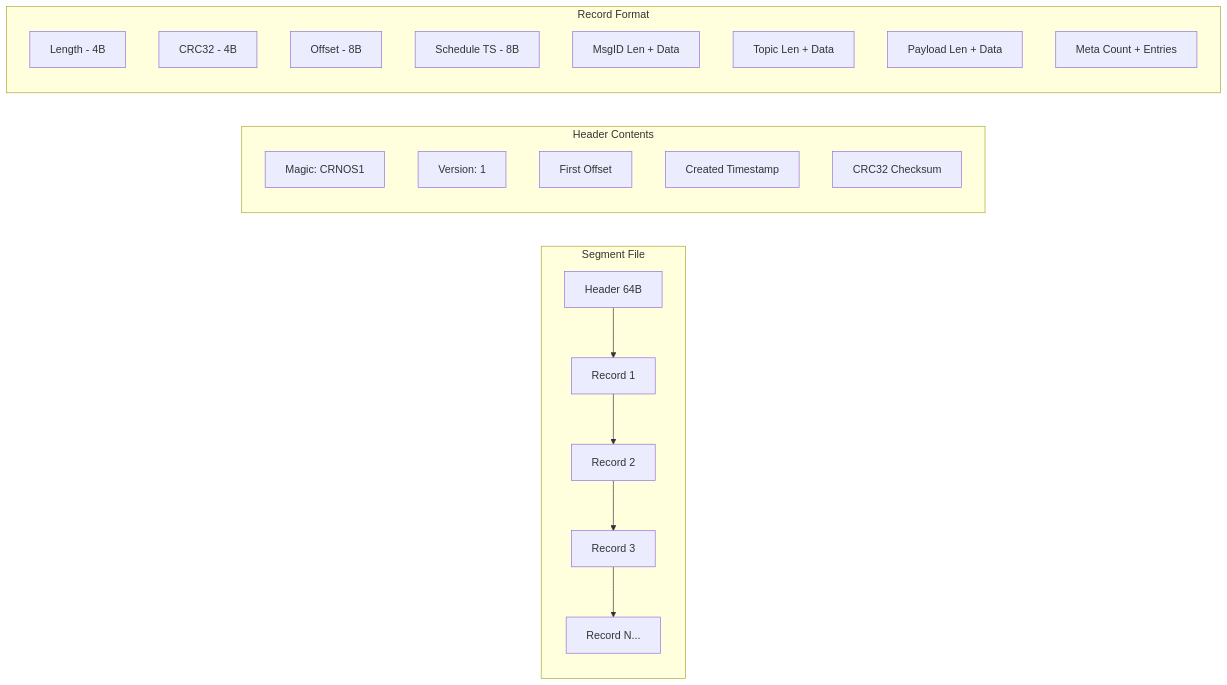
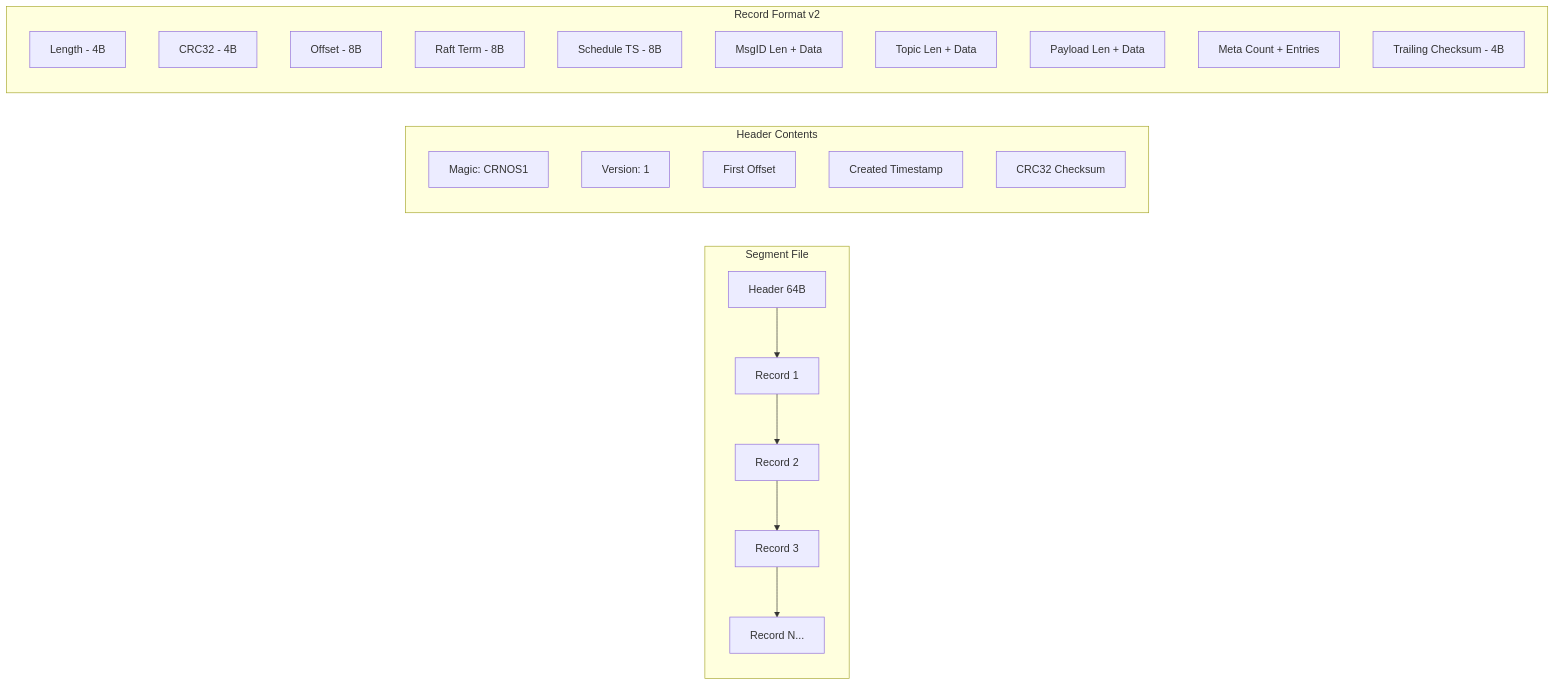
One commit to jatin711-debug/cronos_db_golang changed the seventh of 45 diagrams in ARCHITECTURE.md. Above: the diagram before and after it, drawn with Mermaid. The commit also changed other lines of this file and 18 other files, not shown here.

Commit message:
docs: update architecture docs for WAL v2, --dev mode, security defaults, retention, CDC, and graceful gRPC

````diff
--- a/ARCHITECTURE.md
+++ b/ARCHITECTURE.md
@@ -295,28 +298,30 @@
 ```mermaid
 graph LR
     subgraph Segment File
         H[Header 64B] --> R1[Record 1]
         R1 --> R2[Record 2]
         R2 --> R3[Record 3]
         R3 --> RN[Record N...]
     end
 
     subgraph Header Contents
         H1[Magic: CRNOS1]
         H2[Version: 1]
         H3[First Offset]
         H4[Created Timestamp]
         H5[CRC32 Checksum]
     end
 
-    subgraph Record Format
+    subgraph Record Format v2
         RF1[Length - 4B]
         RF2[CRC32 - 4B]
         RF3[Offset - 8B]
-        RF4[Schedule TS - 8B]
-        RF5[MsgID Len + Data]
-        RF6[Topic Len + Data]
-        RF7[Payload Len + Data]
-        RF8[Meta Count + Entries]
+        RF4[Raft Term - 8B]
+        RF5[Schedule TS - 8B]
+        RF6[MsgID Len + Data]
+        RF7[Topic Len + Data]
+        RF8[Payload Len + Data]
+        RF9[Meta Count + Entries]
+        RF10[Trailing Checksum - 4B]
     end
 ```
````
